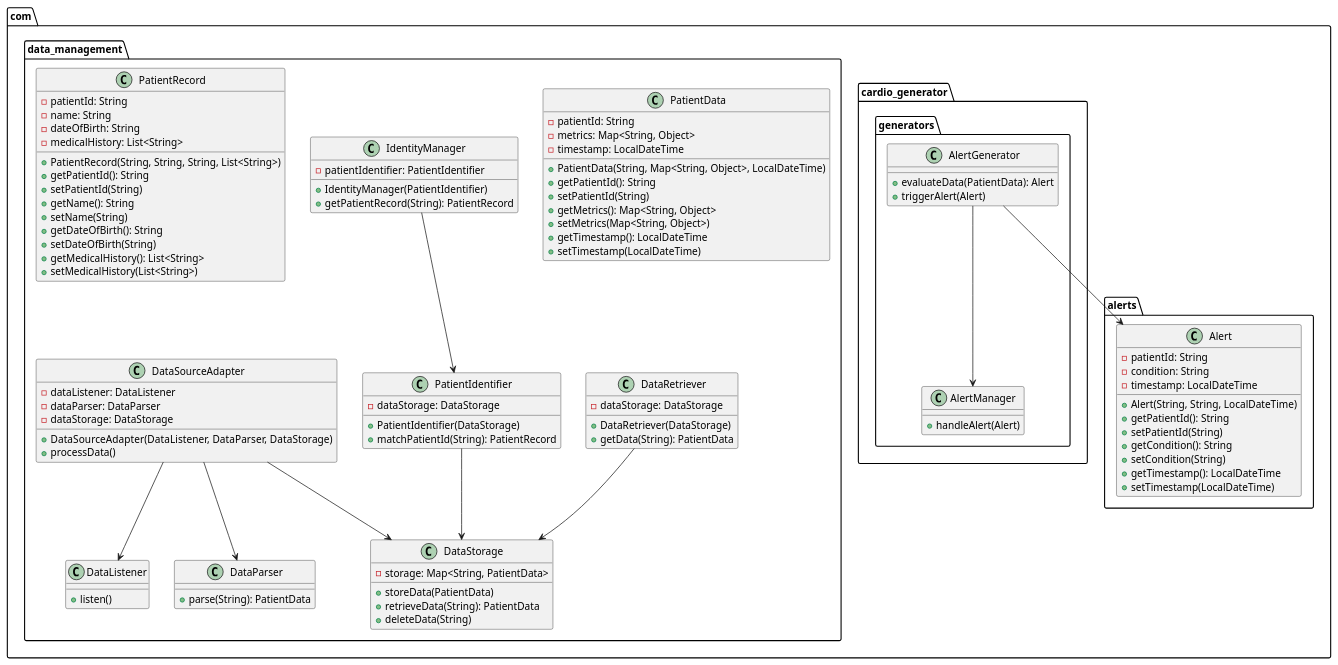
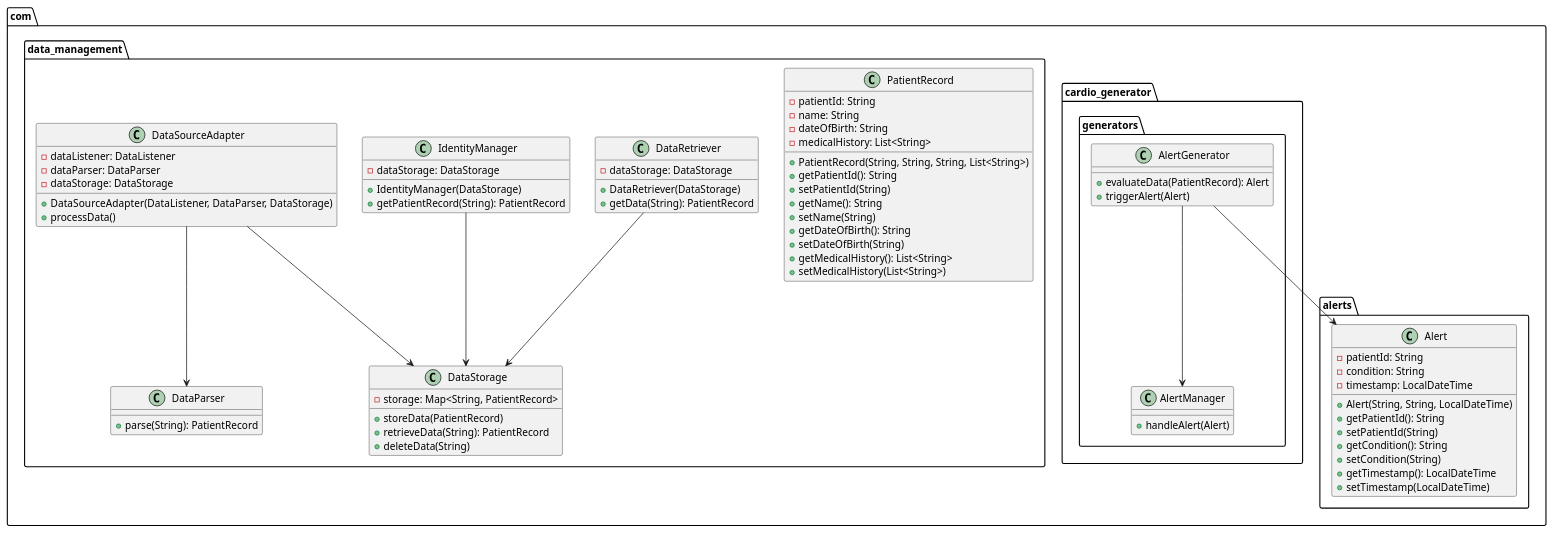
The diagram in src/alertgenertaionclass.puml (josephanandyerrakonda/signal_project), drawn with PlantUML before and after one commit. The commit also changed other lines of this file and 2 other files, not shown here.

```diff
--- a/src/alertgenertaionclass.puml
+++ b/src/alertgenertaionclass.puml
@@ -1,110 +2,87 @@
 @startuml
 'https://plantuml.com/class-diagram
 
 package com.alerts {
     class Alert {
         - patientId: String
         - condition: String
         - timestamp: LocalDateTime
         + Alert(String, String, LocalDateTime)
         + getPatientId(): String
         + setPatientId(String)
         + getCondition(): String
         + setCondition(String)
         + getTimestamp(): LocalDateTime
         + setTimestamp(LocalDateTime)
     }
 }
 
 package com.cardio_generator.generators {
     class AlertGenerator {
-        + evaluateData(PatientData): Alert
+        + evaluateData(PatientRecord): Alert
         + triggerAlert(Alert)
     }
 
     class AlertManager {
         + handleAlert(Alert)
     }
 }
 
 package com.data_management {
-    class PatientData {
-        - patientId: String
-        - metrics: Map<String, Object>
-        - timestamp: LocalDateTime
-        + PatientData(String, Map<String, Object>, LocalDateTime)
-        + getPatientId(): String
-        + setPatientId(String)
-        + getMetrics(): Map<String, Object>
-        + setMetrics(Map<String, Object>)
-        + getTimestamp(): LocalDateTime
-        + setTimestamp(LocalDateTime)
-    }
-
-    class DataStorage {
-        - storage: Map<String, PatientData>
-        + storeData(PatientData)
-        + retrieveData(String): PatientData
-        + deleteData(String)
-    }
-
-    class DataRetriever {
-        - dataStorage: DataStorage
-        + DataRetriever(DataStorage)
-        + getData(String): PatientData
-    }
-
-    class PatientIdentifier {
-        - dataStorage: DataStorage
-        + PatientIdentifier(DataStorage)
-        + matchPatientId(String): PatientRecord
-    }
-
-    class IdentityManager {
-        - patientIdentifier: PatientIdentifier
-        + IdentityManager(PatientIdentifier)
-        + getPatientRecord(String): PatientRecord
-    }
-
     class PatientRecord {
         - patientId: String
         - name: String
         - dateOfBirth: String
         - medicalHistory: List<String>
         + PatientRecord(String, String, String, List<String>)
         + getPatientId(): String
         + setPatientId(String)
         + getName(): String
         + setName(String)
         + getDateOfBirth(): String
         + setDateOfBirth(String)
         + getMedicalHistory(): List<String>
         + setMedicalHistory(List<String>)
     }
 
-    class DataListener {
-        + listen()
+    class DataStorage {
+        - storage: Map<String, PatientRecord>
+        + storeData(PatientRecord)
+        + retrieveData(String): PatientRecord
+        + deleteData(String)
     }
 
+    class DataRetriever {
+        - dataStorage: DataStorage
+        + DataRetriever(DataStorage)
+        + getData(String): PatientRecord
+    }
+
+    class IdentityManager {
+        - dataStorage: DataStorage
+        + IdentityManager(DataStorage)
+        + getPatientRecord(String): PatientRecord
+    }
+
+
+
     class DataParser {
-        + parse(String): PatientData
+        + parse(String): PatientRecord
     }
 
     class DataSourceAdapter {
         - dataListener: DataListener
         - dataParser: DataParser
         - dataStorage: DataStorage
         + DataSourceAdapter(DataListener, DataParser, DataStorage)
         + processData()
     }
 
-
 AlertGenerator --> Alert
 AlertGenerator --> AlertManager
 DataRetriever --> DataStorage
-PatientIdentifier --> DataStorage
-IdentityManager --> PatientIdentifier
-DataSourceAdapter --> DataListener
+IdentityManager --> DataStorage
+
 DataSourceAdapter --> DataParser
 DataSourceAdapter --> DataStorage
 @enduml
```
